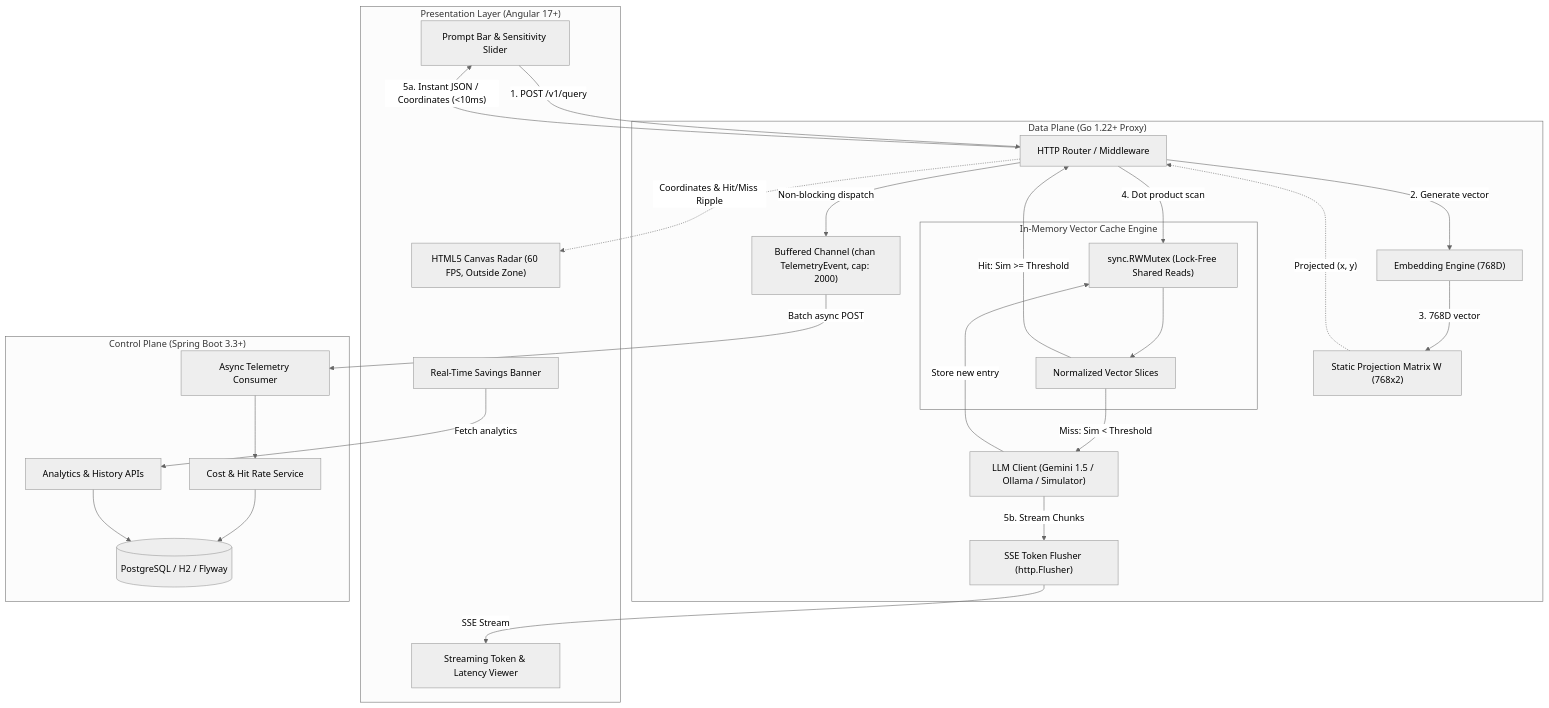
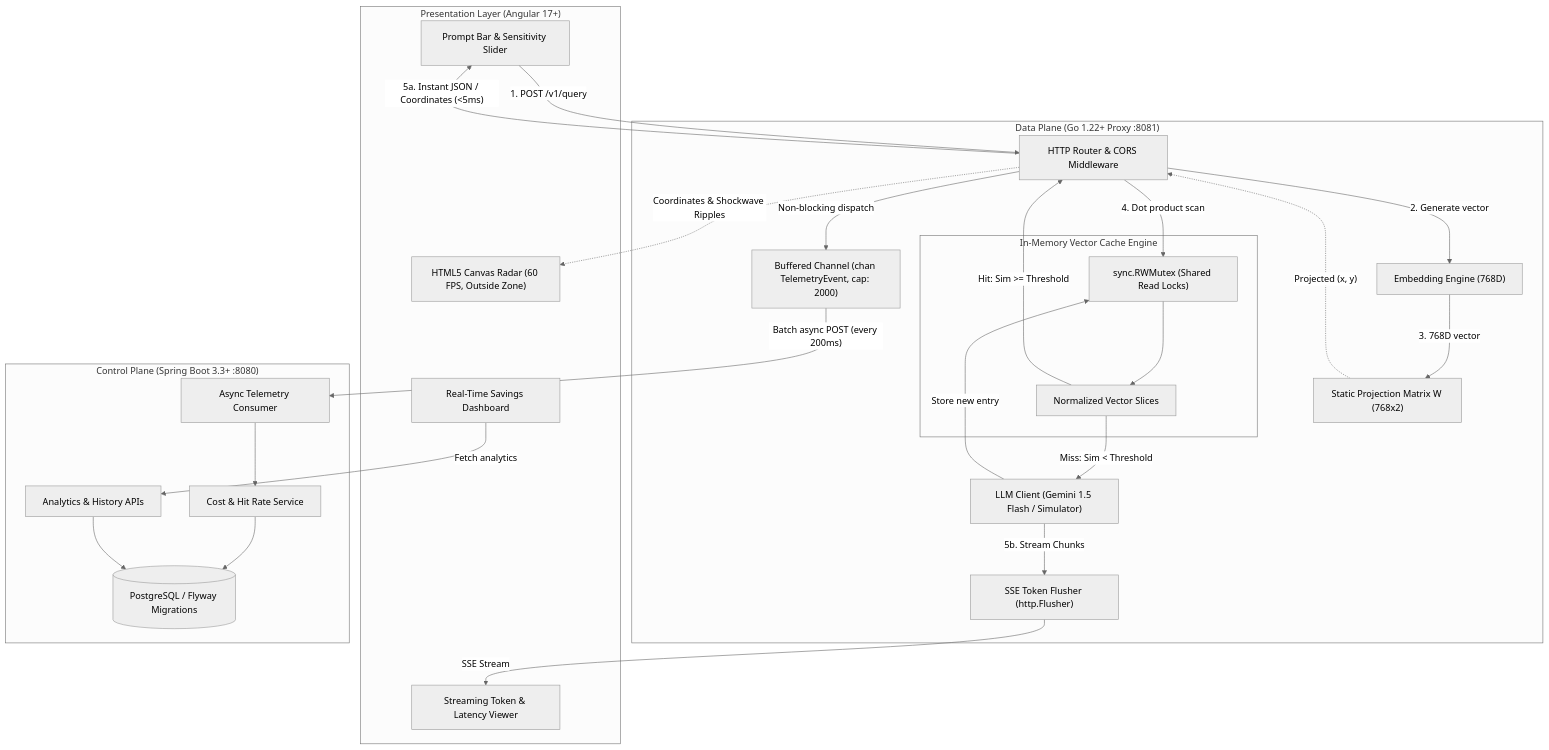
One commit to mastersaab/prompt-radar changed the diagram in README.md. Above: the diagram before and after it, drawn with Mermaid (neutral theme). The commit also changed other lines of this file and 16 other files, not shown here.

````diff
--- a/README.md
+++ b/README.md
@@ -29,54 +57,54 @@
 ```mermaid
 flowchart TD
     subgraph Client["Presentation Layer (Angular 17+)"]
         UI["Prompt Bar & Sensitivity Slider"]
         Canvas["HTML5 Canvas Radar (60 FPS, Outside Zone)"]
         StreamView["Streaming Token & Latency Viewer"]
-        MetricsView["Real-Time Savings Banner"]
+        MetricsView["Real-Time Savings Dashboard"]
     end
 
-    subgraph DataPlane["Data Plane (Go 1.22+ Proxy)"]
-        Router["HTTP Router / Middleware"]
+    subgraph DataPlane["Data Plane (Go 1.22+ Proxy :8081)"]
+        Router["HTTP Router & CORS Middleware"]
         Embedder["Embedding Engine (768D)"]
         Proj["Static Projection Matrix W (768x2)"]
         
         subgraph CacheEngine["In-Memory Vector Cache Engine"]
-            RWMutex["sync.RWMutex (Lock-Free Shared Reads)"]
+            RWMutex["sync.RWMutex (Shared Read Locks)"]
             VectorStore["Normalized Vector Slices"]
         end
         
-        LLMCaller["LLM Client (Gemini 1.5 / Ollama / Simulator)"]
+        LLMCaller["LLM Client (Gemini 1.5 Flash / Simulator)"]
         SSEStreamer["SSE Token Flusher (http.Flusher)"]
         TeleQueue["Buffered Channel (chan TelemetryEvent, cap: 2000)"]
     end
 
-    subgraph ControlPlane["Control Plane (Spring Boot 3.3+)"]
+    subgraph ControlPlane["Control Plane (Spring Boot 3.3+ :8080)"]
         TeleIngest["Async Telemetry Consumer"]
         Aggregator["Cost & Hit Rate Service"]
         RESTController["Analytics & History APIs"]
-        DB[("PostgreSQL / H2 / Flyway")]
+        DB[("PostgreSQL / Flyway Migrations")]
     end
 
     UI -->|"1. POST /v1/query"| Router
     Router -->|"2. Generate vector"| Embedder
     Embedder -->|"3. 768D vector"| Proj
     Proj -.->|"Projected (x, y)"| Router
     Router -->|"4. Dot product scan"| RWMutex
     RWMutex --> VectorStore
 
     VectorStore -->|"Hit: Sim >= Threshold"| Router
-    Router -->|"5a. Instant JSON / Coordinates (<10ms)"| UI
+    Router -->|"5a. Instant JSON / Coordinates (<5ms)"| UI
 
     VectorStore -->|"Miss: Sim < Threshold"| LLMCaller
     LLMCaller -->|"5b. Stream Chunks"| SSEStreamer
     SSEStreamer -->|"SSE Stream"| StreamView
     LLMCaller -->|"Store new entry"| RWMutex
 
     Router -->|"Non-blocking dispatch"| TeleQueue
-    TeleQueue -->|"Batch async POST"| TeleIngest
+    TeleQueue -->|"Batch async POST (every 200ms)"| TeleIngest
     TeleIngest --> Aggregator --> DB
     MetricsView -->|"Fetch analytics"| RESTController
     RESTController --> DB
 
-    Router -.->|"Coordinates & Hit/Miss Ripple"| Canvas
+    Router -.->|"Coordinates & Shockwave Ripples"| Canvas
 ```
````
